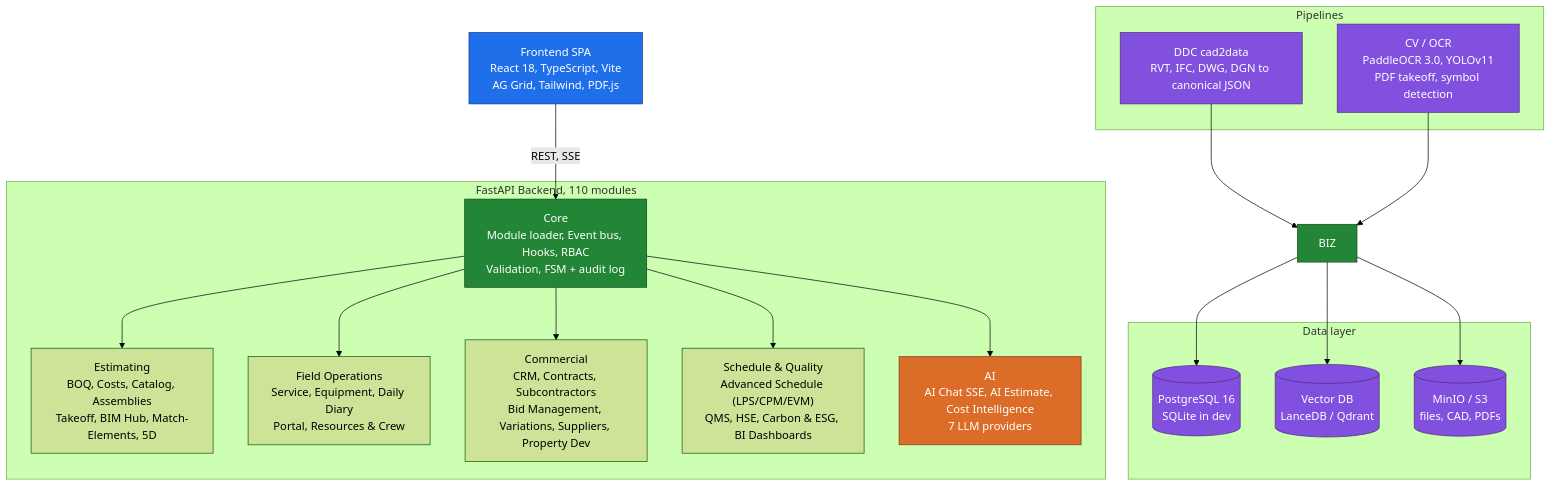
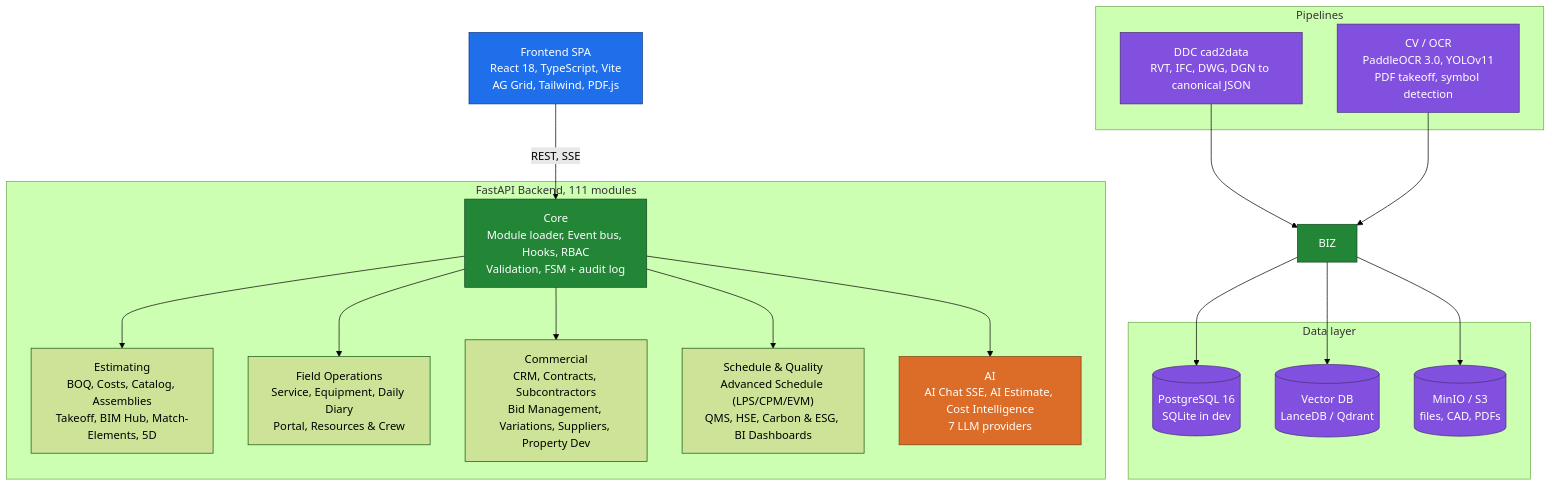
One commit to Justo-bit/OpenConstructionERP changed the diagram in README.md. Above: the diagram before and after it, drawn with Mermaid (forest theme). The commit also changed other lines of this file and 1 other file, not shown here.

````diff
--- a/README.md
+++ b/README.md
@@ -745,45 +804,45 @@
 ```mermaid
 flowchart TB
     UI["Frontend SPA<br>React 18, TypeScript, Vite<br>AG Grid, Tailwind, PDF.js"]
 
-    subgraph Backend ["FastAPI Backend, 110 modules"]
+    subgraph Backend ["FastAPI Backend, 111 modules"]
         CORE["Core<br>Module loader, Event bus, Hooks, RBAC<br>Validation, FSM + audit log"]
         ESTIM["Estimating<br>BOQ, Costs, Catalog, Assemblies<br>Takeoff, BIM Hub, Match-Elements, 5D"]
         FIELD["Field Operations<br>Service, Equipment, Daily Diary<br>Portal, Resources & Crew"]
         COMM["Commercial<br>CRM, Contracts, Subcontractors<br>Bid Management, Variations, Suppliers, Property Dev"]
         QSAFE["Schedule & Quality<br>Advanced Schedule (LPS/CPM/EVM)<br>QMS, HSE, Carbon & ESG, BI Dashboards"]
         AIS["AI<br>AI Chat SSE, AI Estimate, Cost Intelligence<br>7 LLM providers"]
         CORE --> ESTIM
         CORE --> FIELD
         CORE --> COMM
         CORE --> QSAFE
         CORE --> AIS
     end
 
     subgraph Data ["Data layer"]
         PG[("PostgreSQL 16<br>SQLite in dev")]
         VEC[("Vector DB<br>LanceDB / Qdrant")]
         S3[("MinIO / S3<br>files, CAD, PDFs")]
     end
 
     subgraph Pipelines ["Pipelines"]
         CAD["DDC cad2data<br>RVT, IFC, DWG, DGN to canonical JSON"]
         CV["CV / OCR<br>PaddleOCR 3.0, YOLOv11<br>PDF takeoff, symbol detection"]
     end
 
     UI -- "REST, SSE" --> CORE
     BIZ --> PG
     BIZ --> VEC
     BIZ --> S3
     CAD --> BIZ
     CV --> BIZ
 
     classDef fe fill:#1f6feb,stroke:#0d3885,color:#fff;
     classDef be fill:#238636,stroke:#104822,color:#fff;
     classDef ai fill:#db6d28,stroke:#7a3c14,color:#fff;
     classDef data fill:#8250df,stroke:#4a2c7d,color:#fff;
     class UI fe
     class CORE,BIZ be
     class AIS ai
     class PG,VEC,S3,CAD,CV data
 ```
````
